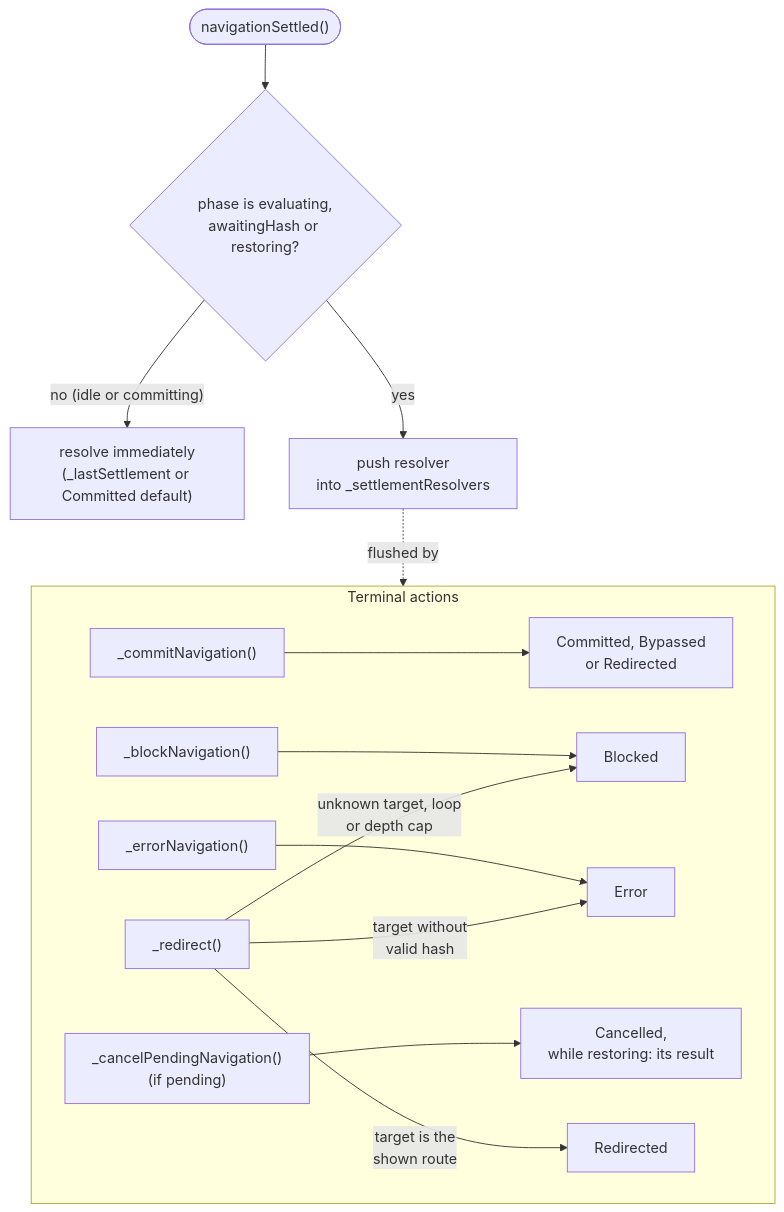
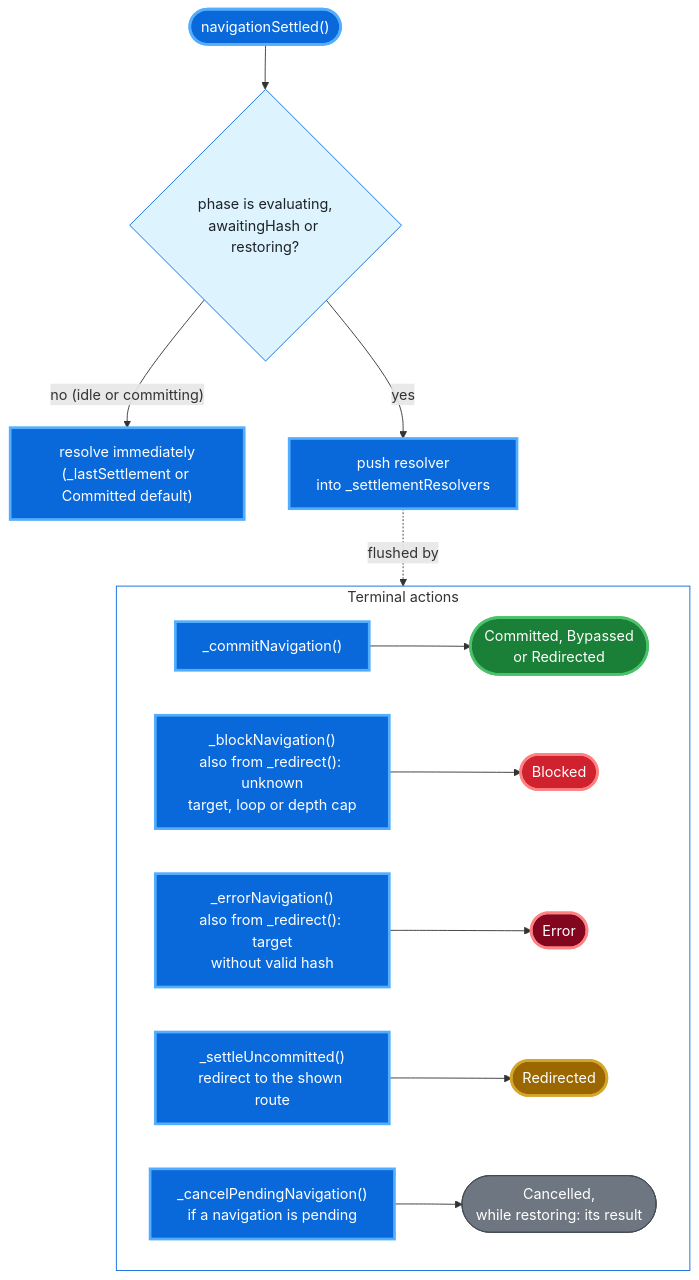
Before and after one commit to wridgeu/ui5-lib-guard-router: the seventh of 12 diagrams in docs/reference/architecture.md, drawn with Mermaid. The commit also changed other lines of this file and 4 other files, not shown here.

First line of the commit message:
docs: give every diagram the one palette and a legend

````diff
--- a/docs/reference/architecture.md
+++ b/docs/reference/architecture.md
@@ -738,18 +767,32 @@
 ```mermaid
 flowchart TD
     call(["navigationSettled()"]) --> pending{"phase is evaluating,<br/>awaitingHash or restoring?"}
     pending -- "no (idle or committing)" --> immediate["resolve immediately<br/>(_lastSettlement or Committed default)"]
     pending -- "yes" --> push["push resolver<br/>into _settlementResolvers"]
     push -. "flushed by" .-> actions
 
     subgraph actions ["Terminal actions"]
         direction LR
-        commit["_commitNavigation()"] --> fcommit["Committed, Bypassed<br/>or Redirected"]
-        block["_blockNavigation()"] --> fblock["Blocked"]
-        errornav["_errorNavigation()"] --> ferror["Error"]
-        cancel["_cancelPendingNavigation()<br/>(if pending)"] --> fcancel["Cancelled,<br/>while restoring: its result"]
-        redirect["_redirect()"] -- "unknown target, loop<br/>or depth cap" --> fblock
-        redirect -- "target without<br/>valid hash" --> ferror
-        redirect -- "target is the<br/>shown route" --> fredirect["Redirected"]
+        commit["_commitNavigation()"] --> fcommit(["Committed, Bypassed<br/>or Redirected"])
+        block["_blockNavigation()<br/>also from _redirect(): unknown<br/>target, loop or depth cap"] --> fblock(["Blocked"])
+        errornav["_errorNavigation()<br/>also from _redirect(): target<br/>without valid hash"] --> ferror(["Error"])
+        settle["_settleUncommitted()<br/>redirect to the shown route"] --> fredirect(["Redirected"])
+        cancel["_cancelPendingNavigation()<br/>if a navigation is pending"] --> fcancel(["Cancelled,<br/>while restoring: its result"])
     end
+
+    classDef native fill:#6e7781,stroke:#424a53,color:#ffffff
+    classDef added fill:#0969da,stroke:#54aeff,stroke-width:3px,color:#ffffff
+    classDef decision fill:#ddf4ff,stroke:#0969da,color:#1f2328
+    classDef commit fill:#1a7f37,stroke:#4ac26b,stroke-width:3px,color:#ffffff
+    classDef redirect fill:#9a6700,stroke:#d4a72c,stroke-width:3px,color:#ffffff
+    classDef block fill:#cf222e,stroke:#ff8182,stroke-width:3px,color:#ffffff
+    classDef error fill:#82071e,stroke:#ff8182,stroke-width:3px,color:#ffffff
+    class fcancel native
+    class call,immediate,push,commit,block,errornav,settle,cancel added
+    class pending decision
+    class fcommit commit
+    class fredirect redirect
+    class fblock block
+    class ferror error
+    style actions fill:none,stroke:#0969da
 ```
````
